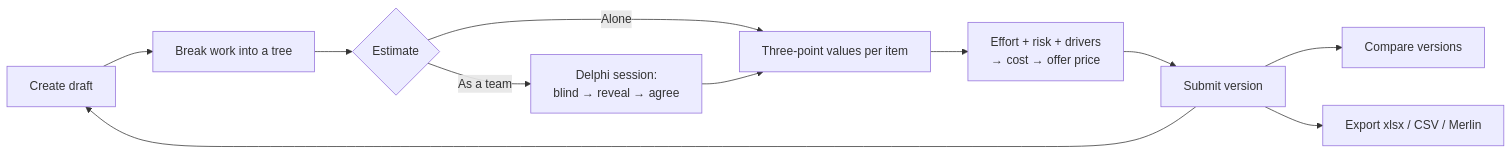
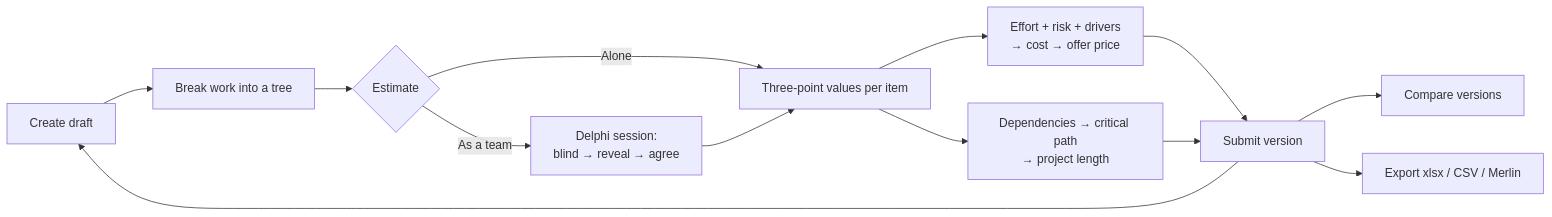
One commit to techatspree/pythia changed the diagram in README.md. Above: the diagram before and after it, drawn with Mermaid. The commit also changed other lines of this file and 7 other files, not shown here.

````diff
--- a/README.md
+++ b/README.md
@@ -102,13 +121,15 @@
 ```mermaid
 flowchart LR
     A[Create draft] --> B[Break work into a tree]
     B --> C{Estimate}
     C -->|Alone| D[Three-point values per item]
     C -->|As a team| E[Delphi session:<br/>blind → reveal → agree]
     E --> D
     D --> F[Effort + risk + drivers<br/>→ cost → offer price]
     F --> G[Submit version]
+    D --> S[Dependencies → critical path<br/>→ project length]
+    S --> G
     G --> H[Compare versions]
     G --> I[Export xlsx / CSV / Merlin]
     G --> A
 ```
````
